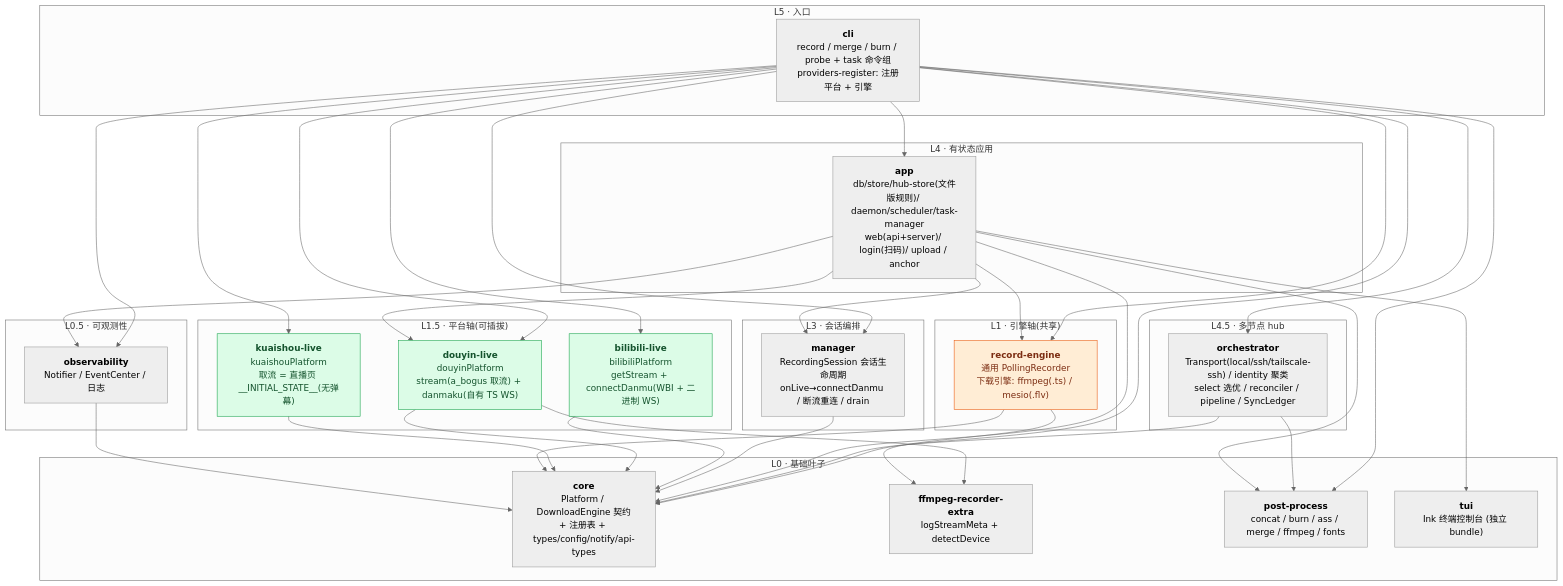
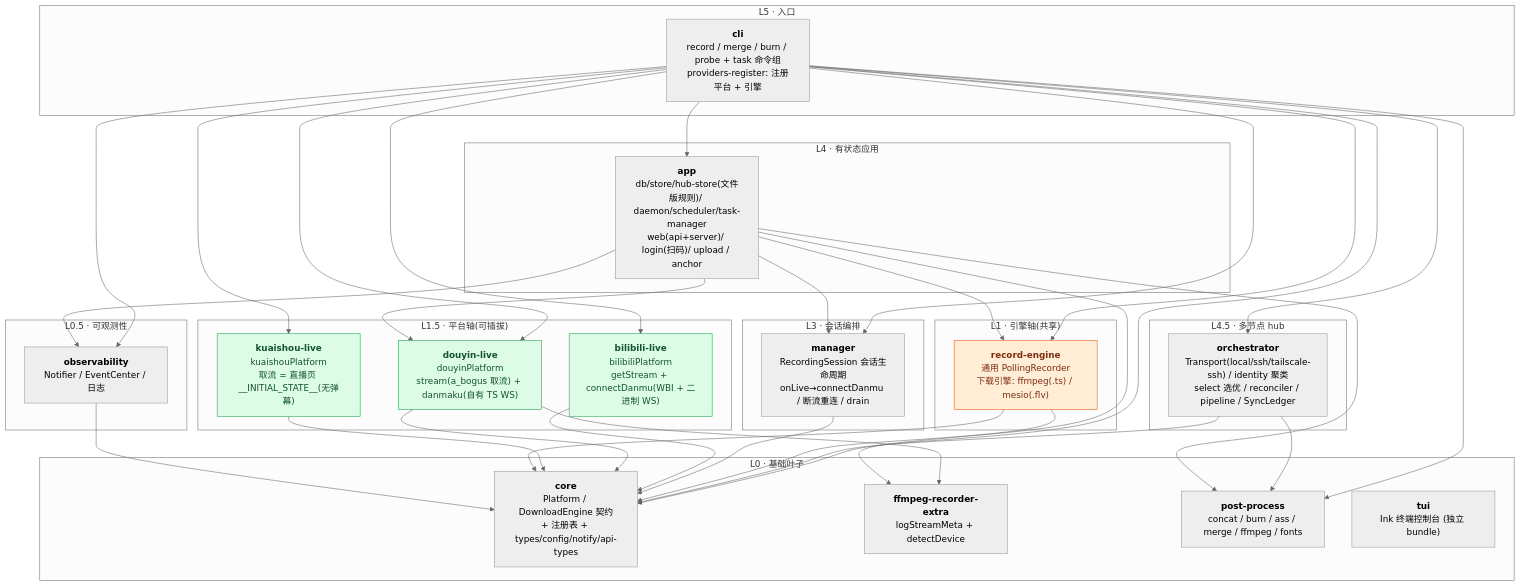
One commit to fuyucn/douyin-rec changed the first of 3 diagrams in docs/architecture.md. Above: the diagram before and after it, drawn with Mermaid (neutral theme). The commit also changed 18 other files, not shown here.

First line of the commit message:
refactor(app): T-22 步 1/3/4 —— api.ts 按域拆分 + tui/serve 命令回归 cli

````diff
--- a/docs/architecture.md
+++ b/docs/architecture.md
@@ -22,65 +22,64 @@
 ```mermaid
 flowchart TB
   subgraph L5["L5 · 入口"]
     cli["<b>cli</b><br/>record / merge / burn / probe + task 命令组<br/>providers-register: 注册平台 + 引擎"]
   end
   subgraph L45["L4.5 · 多节点 hub"]
     orch["<b>orchestrator</b><br/>Transport(local/ssh/tailscale-ssh) / identity 聚类<br/>select 选优 / reconciler / pipeline / SyncLedger"]
   end
   subgraph L4["L4 · 有状态应用"]
     app["<b>app</b><br/>db/store/hub-store(文件版规则)/ daemon/scheduler/task-manager<br/>web(api+server)/ login(扫码)/ upload / anchor"]
   end
   subgraph L3["L3 · 会话编排"]
     manager["<b>manager</b><br/>RecordingSession 会话生命周期<br/>onLive→connectDanmu / 断流重连 / drain"]
   end
   subgraph L15["L1.5 · 平台轴(可插拔)"]
     bilibili["<b>bilibili-live</b><br/>bilibiliPlatform<br/>getStream + connectDanmu(WBI + 二进制 WS)"]
     douyin["<b>douyin-live</b><br/>douyinPlatform<br/>stream(a_bogus 取流) + danmaku(自有 TS WS)"]
     kuaishou["<b>kuaishou-live</b><br/>kuaishouPlatform<br/>取流 = 直播页 __INITIAL_STATE__(无弹幕)"]
   end
   subgraph L1["L1 · 引擎轴(共享)"]
     engine["<b>record-engine</b><br/>通用 PollingRecorder<br/>下载引擎: ffmpeg(.ts) / mesio(.flv)"]
   end
   subgraph L05["L0.5 · 可观测性"]
     observ["<b>observability</b><br/>Notifier / EventCenter / 日志"]
   end
   subgraph L0["L0 · 基础叶子"]
     core["<b>core</b><br/>Platform / DownloadEngine 契约<br/>+ 注册表 + types/config/notify/api-types"]
     extra["<b>ffmpeg-recorder-extra</b><br/>logStreamMeta + detectDevice"]
     post["<b>post-process</b><br/>concat / burn / ass / merge / ffmpeg / fonts"]
     tui["<b>tui</b><br/>Ink 终端控制台 (独立 bundle)"]
   end
 
   cli --> app
   cli --> bilibili
   cli --> core
   cli --> douyin
   cli --> kuaishou
   cli --> manager
   cli --> observ
   cli --> orch
   cli --> post
   cli --> engine
   orch --> core
   orch --> post
   app --> core
   app --> douyin
   app --> manager
   app --> observ
   app --> post
   app --> engine
-  app --> tui
   manager --> core
   bilibili --> core
   douyin --> core
   douyin --> extra
   kuaishou --> core
   engine --> core
   engine --> extra
   observ --> core
 
   classDef axisPlat fill:#dcfce7,stroke:#16a34a,color:#14532d;
   classDef axisEng fill:#ffedd5,stroke:#ea580c,color:#7c2d12;
   class bilibili,douyin,kuaishou axisPlat;
   class engine axisEng;
 ```
````
